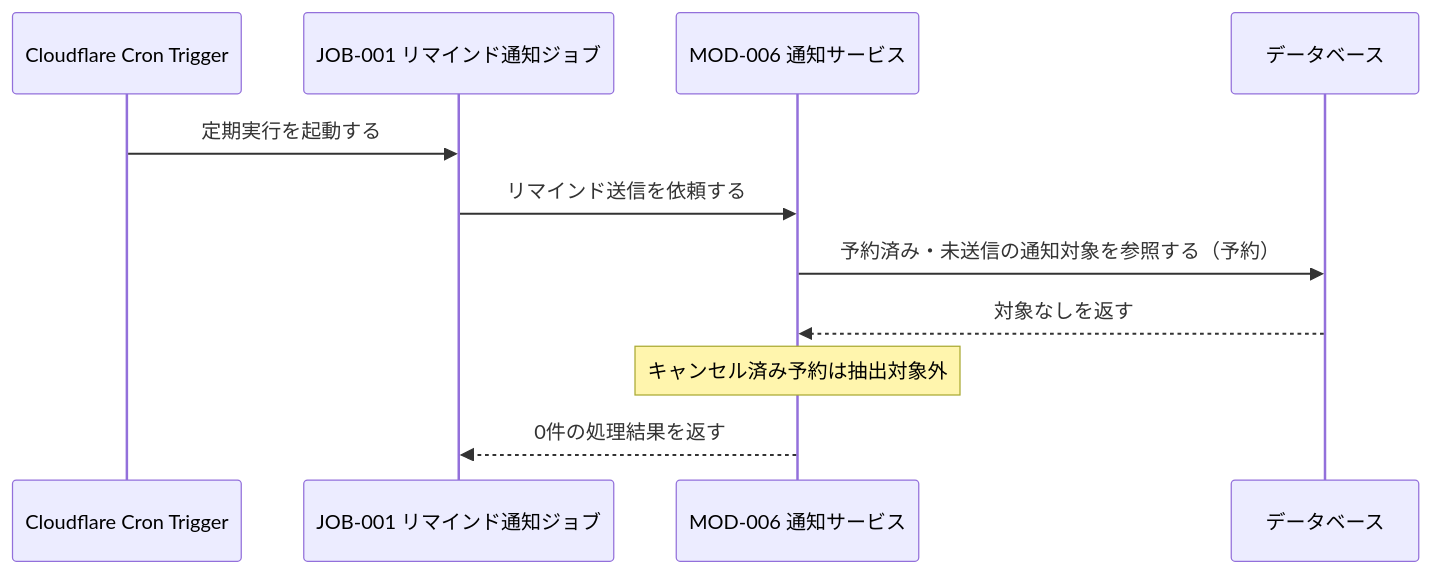
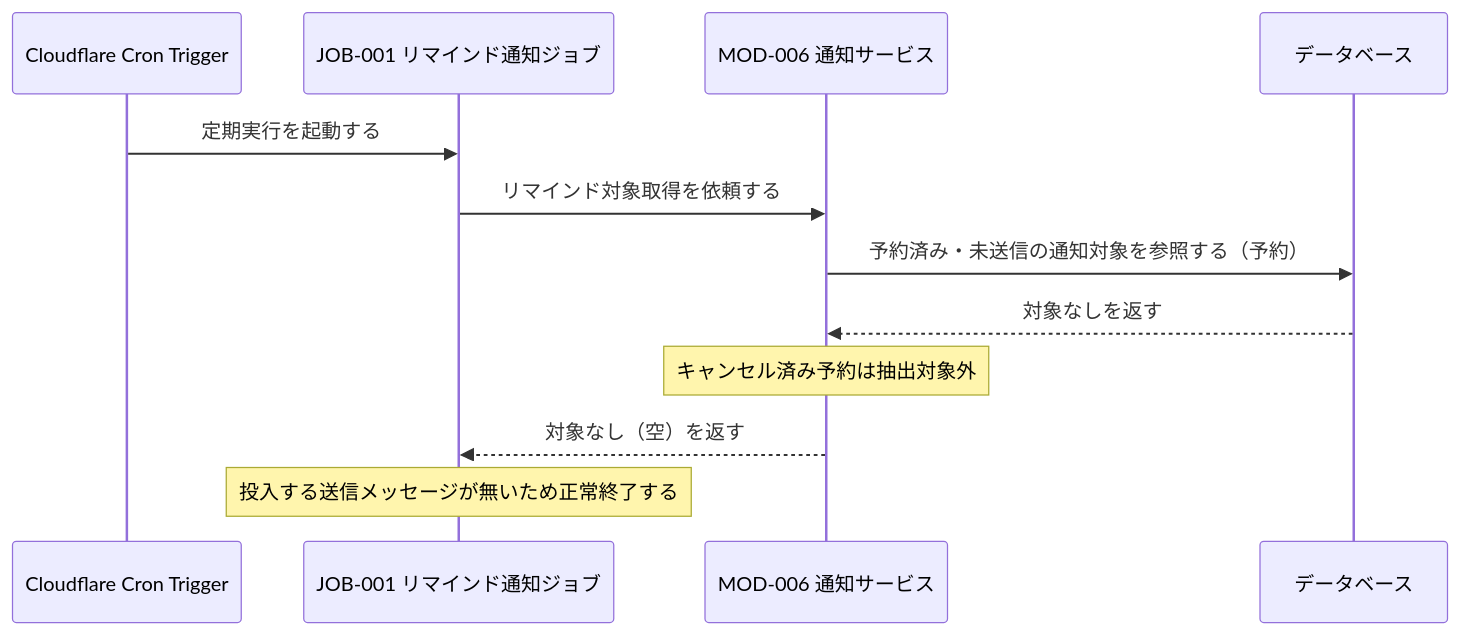
One commit to sikakou54/system-document-template changed the second of 3 diagrams in docs/03_機能設計/02_シーケンス設計/SEQ-002_予約リマインド通知シーケンス.md. Above: the diagram before and after it, drawn with Mermaid. The commit also changed other lines of this file and 99 other files, not shown here.

````diff
--- a/docs/03_機能設計/02_シーケンス設計/SEQ-002_予約リマインド通知シーケンス.md
+++ b/docs/03_機能設計/02_シーケンス設計/SEQ-002_予約リマインド通知シーケンス.md
@@ -71,14 +78,15 @@
 ```mermaid
 sequenceDiagram
     participant CRON as Cloudflare Cron Trigger
     participant JOB as JOB-001 リマインド通知ジョブ
     participant MOD as MOD-006 通知サービス
     participant DB as データベース
 
     CRON->>JOB: 定期実行を起動する
-    JOB->>MOD: リマインド送信を依頼する
+    JOB->>MOD: リマインド対象取得を依頼する
     MOD->>DB: 予約済み・未送信の通知対象を参照する（予約）
     DB-->>MOD: 対象なしを返す
     Note over MOD: キャンセル済み予約は抽出対象外
-    MOD-->>JOB: 0件の処理結果を返す
+    MOD-->>JOB: 対象なし（空）を返す
+    Note over JOB: 投入する送信メッセージが無いため正常終了する
 ```
````
